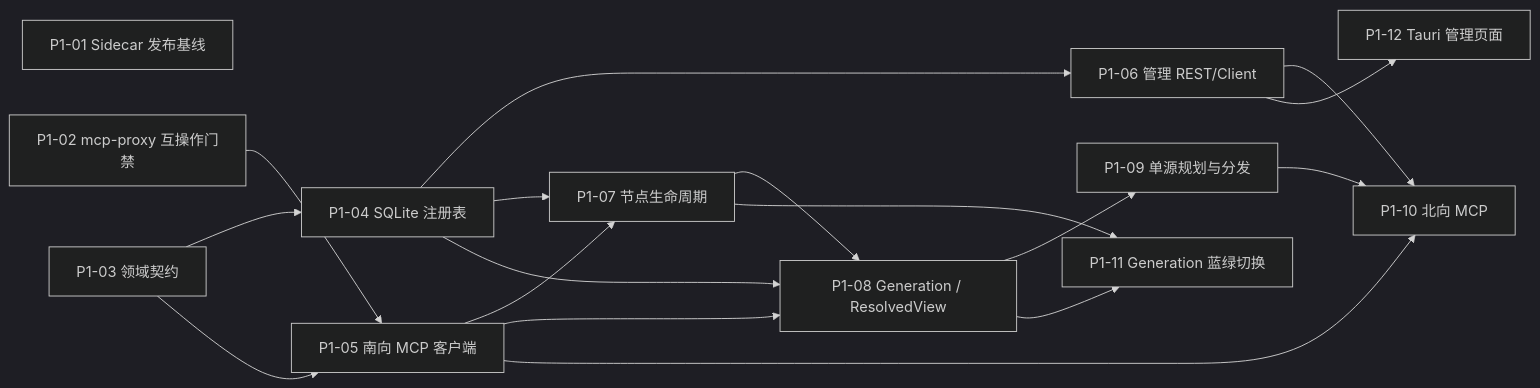
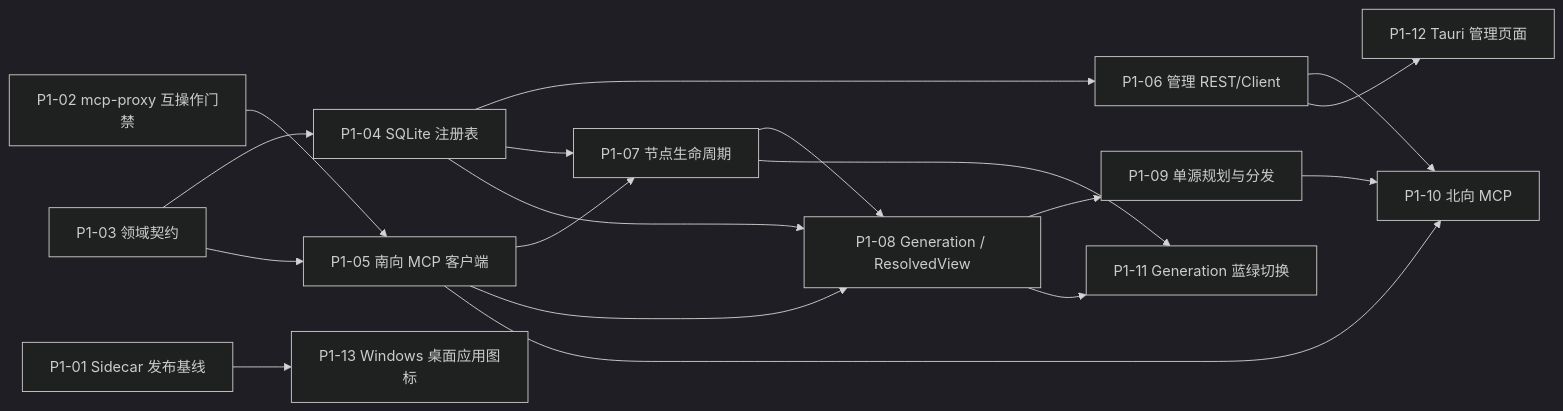
One commit to tppioneer/GraphGateway changed the diagram in docs/tasks/README.md. Above: the diagram before and after it, drawn with Mermaid (dark theme). The commit also changed other lines of this file and 1 other file, not shown here.

````diff
--- a/docs/tasks/README.md
+++ b/docs/tasks/README.md
@@ -31,32 +31,34 @@
 ```mermaid
 flowchart LR
   T01["P1-01 Sidecar 发布基线"]
   T02["P1-02 mcp-proxy 互操作门禁"]
   T03["P1-03 领域契约"]
   T04["P1-04 SQLite 注册表"]
   T05["P1-05 南向 MCP 客户端"]
   T06["P1-06 管理 REST/Client"]
   T07["P1-07 节点生命周期"]
   T08["P1-08 Generation / ResolvedView"]
   T09["P1-09 单源规划与分发"]
   T10["P1-10 北向 MCP"]
   T11["P1-11 Generation 蓝绿切换"]
   T12["P1-12 Tauri 管理页面"]
+  T13["P1-13 Windows 桌面应用图标"]
 
   T03 --> T04
   T02 --> T05
   T03 --> T05
   T04 --> T06
   T04 --> T07
   T05 --> T07
   T04 --> T08
   T05 --> T08
   T07 --> T08
   T08 --> T09
   T05 --> T10
   T06 --> T10
   T09 --> T10
   T07 --> T11
   T08 --> T11
   T06 --> T12
+  T01 --> T13
 ```
````
